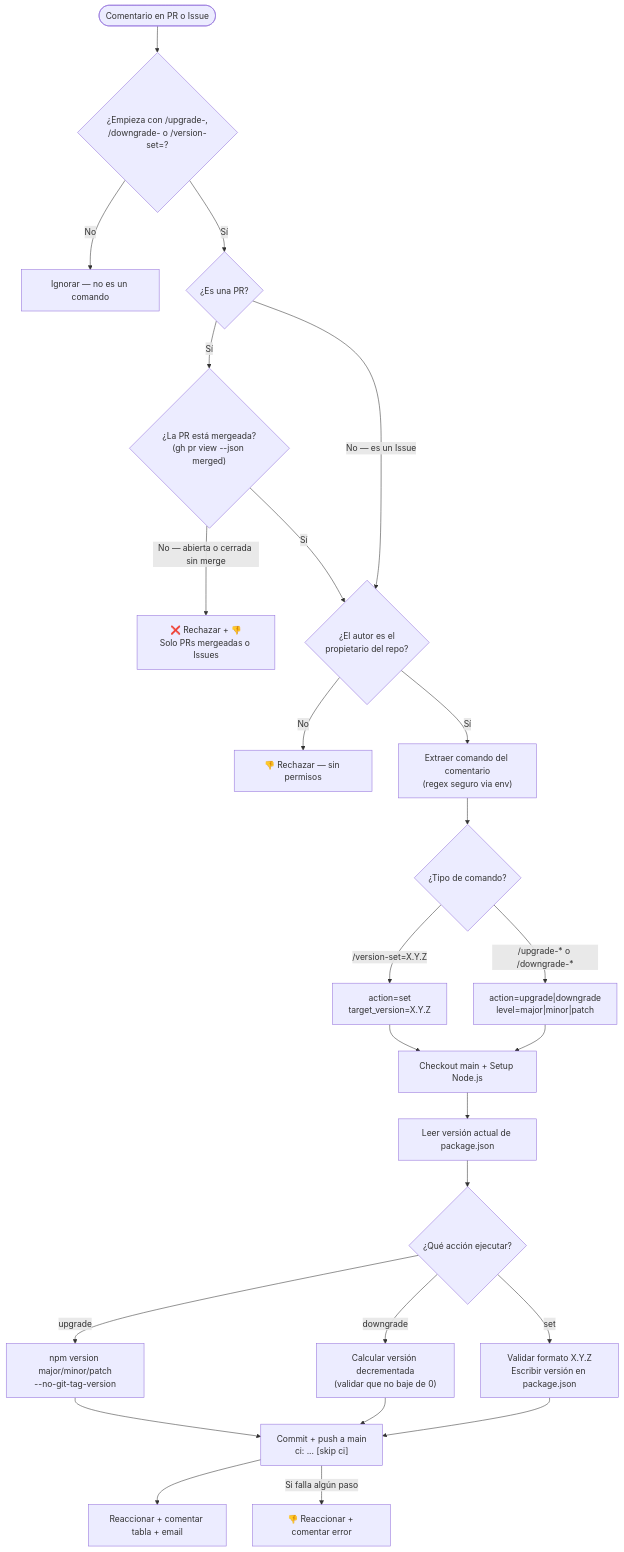
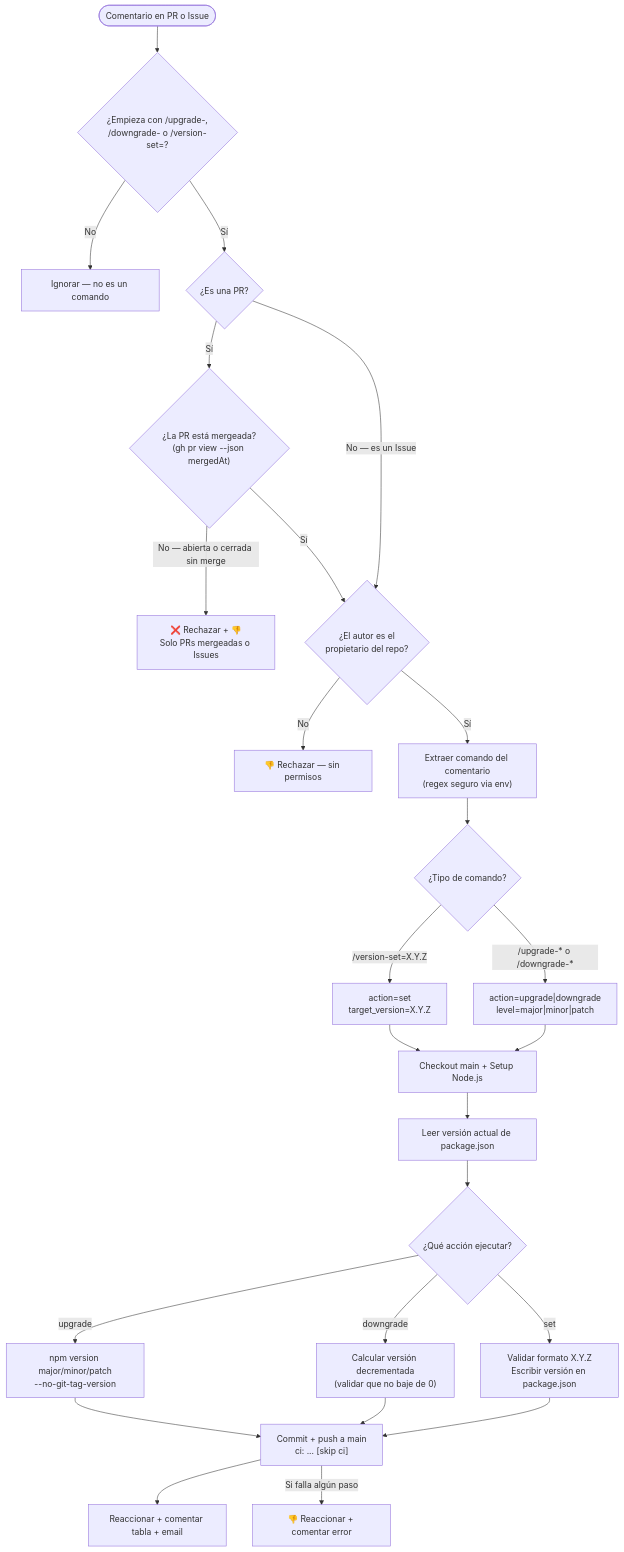
The first of 5 diagrams in Version Manager.md (didacusdev/Formacion_node_express), drawn with Mermaid before and after one commit. The commit also changed 1 other file, not shown here.

Commit message:
fix(workflow): Corregir bug en workflow de manejo de version

````diff
--- a/Version Manager.md
+++ b/Version Manager.md
@@ -186,42 +186,42 @@
 ```mermaid
 flowchart TD
     A(["Comentario en PR o Issue"]) --> B{"¿Empieza con /upgrade-,\n/downgrade- o /version-set=?"}
 
     B -- "No" --> C["Ignorar — no es un comando"]
 
     B -- "Sí" --> P{"¿Es una PR?"}
 
-    P -- "Sí" --> Q{"¿La PR está mergeada?\n(gh pr view --json merged)"}
+    P -- "Sí" --> Q{"¿La PR está mergeada?\n(gh pr view --json mergedAt)"}
     Q -- "No — abierta o cerrada sin merge" --> R["❌ Rechazar + 👎\nSolo PRs mergeadas o Issues"]
     Q -- "Sí" --> D
 
     P -- "No — es un Issue" --> D{"¿El autor es el\npropietario del repo?"}
 
     D -- "No" --> E["👎 Rechazar — sin permisos"]
 
     D -- "Sí" --> F["Extraer comando del comentario\n(regex seguro via env)"]
 
     F --> F1{"¿Tipo de comando?"}
 
     F1 -- "/version-set=X.Y.Z" --> F2["action=set\ntarget_version=X.Y.Z"]
     F1 -- "/upgrade-* o /downgrade-*" --> F3["action=upgrade|downgrade\nlevel=major|minor|patch"]
 
     F2 --> G["Checkout main + Setup Node.js"]
     F3 --> G
 
     G --> H["Leer versión actual de package.json"]
 
     H --> I{"¿Qué acción ejecutar?"}
 
     I -- "upgrade" --> J["npm version major/minor/patch\n--no-git-tag-version"]
     I -- "downgrade" --> K["Calcular versión decrementada\n(validar que no baje de 0)"]
     I -- "set" --> L["Validar formato X.Y.Z\nEscribir versión en package.json"]
 
     J --> M["Commit + push a main\nci: ... [skip ci]"]
     K --> M
     L --> M
 
     M --> N["Reaccionar + comentar tabla + email"]
 
     M -- "Si falla algún paso" --> X["👎 Reaccionar + comentar error"]
 ```
````
